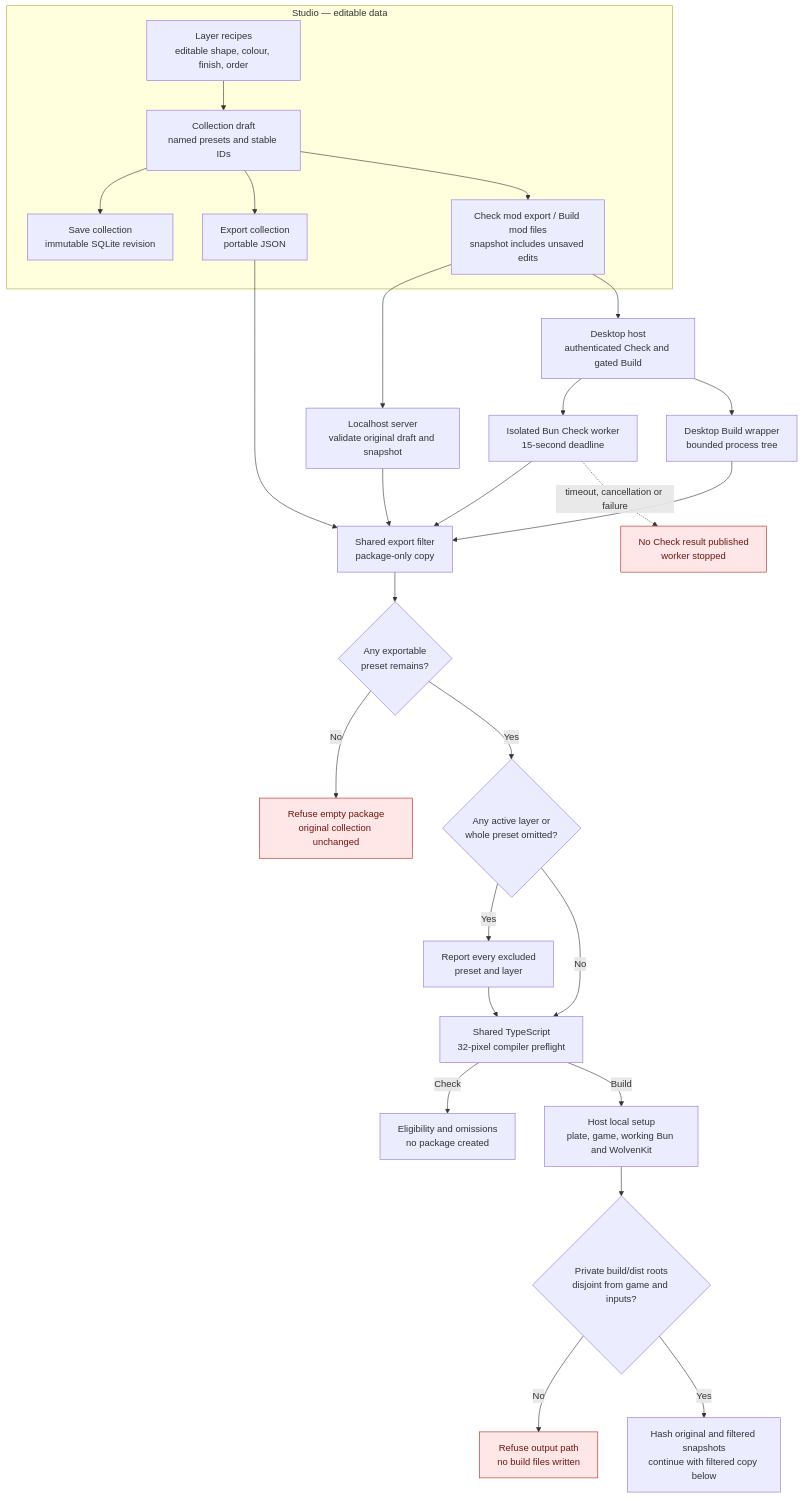
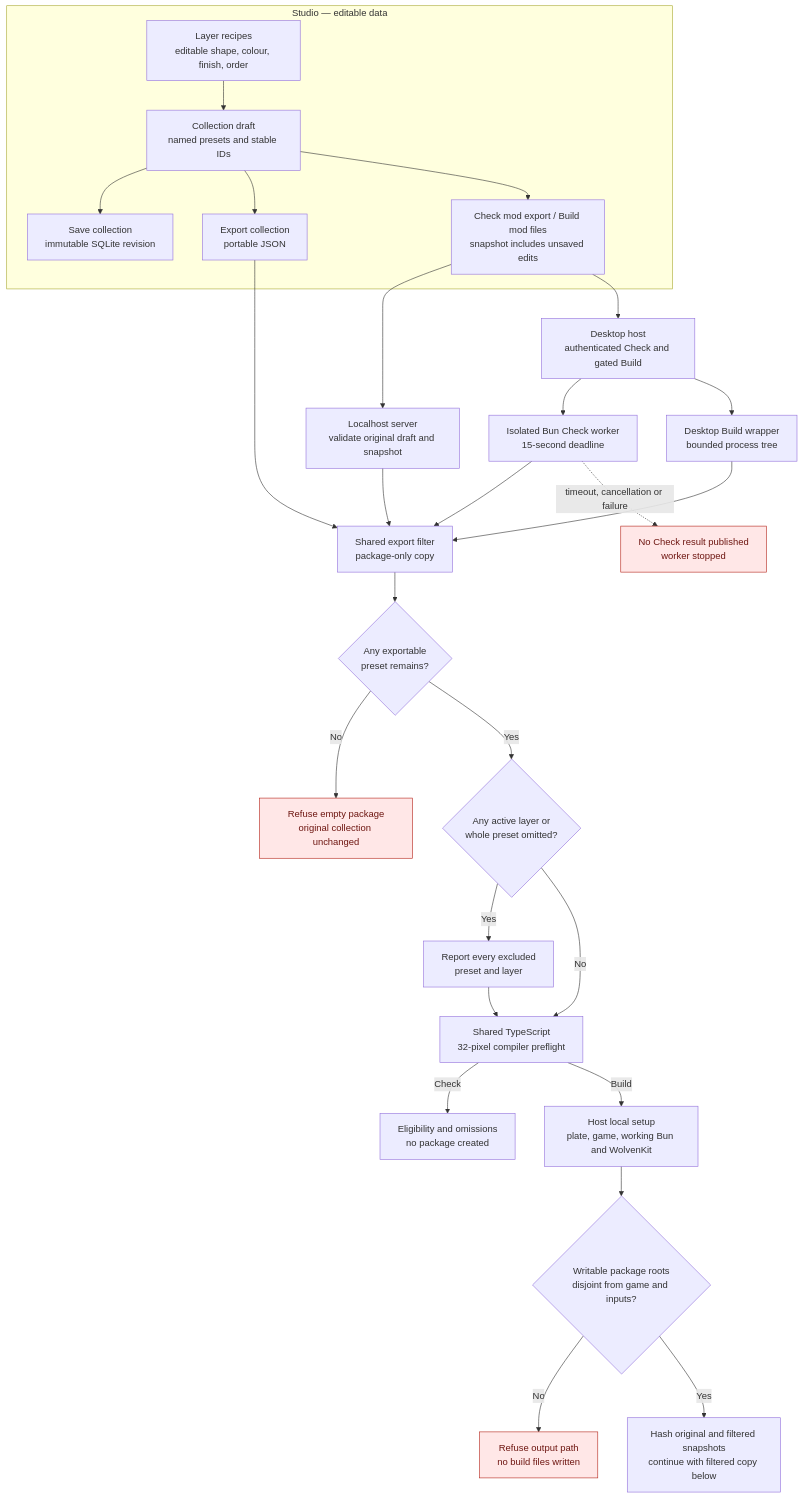
Before and after one commit to axefrog/xf-studio: the first of 3 diagrams in research/authoring/studio-to-mod-pipeline.md, drawn with Mermaid. The commit also changed other lines of this file and 9 other files, not shown here.

````diff
--- a/research/authoring/studio-to-mod-pipeline.md
+++ b/research/authoring/studio-to-mod-pipeline.md
@@ -11,33 +11,33 @@
 ```mermaid
 flowchart TB
   subgraph editor["Studio — editable data"]
     recipe["Layer recipes<br/>editable shape, colour, finish, order"] --> draft["Collection draft<br/>named presets and stable IDs"]
     draft --> sqlite["Save collection<br/>immutable SQLite revision"]
     draft --> export["Export collection<br/>portable JSON"]
     draft --> ui["Check mod export / Build mod files<br/>snapshot includes unsaved edits"]
   end
 
   ui --> server["Localhost server<br/>validate original draft and snapshot"]
   ui --> desktop["Desktop host<br/>authenticated Check and gated Build"]
   server --> filter["Shared export filter<br/>package-only copy"]
   desktop --> worker["Isolated Bun Check worker<br/>15-second deadline"]
   desktop --> buildWrapper["Desktop Build wrapper<br/>bounded process tree"]
   worker --> filter
   buildWrapper --> filter
   worker -. "timeout, cancellation or failure" .-> noresult["No Check result published<br/>worker stopped"]
   export --> filter
   filter --> decision{"Any exportable<br/>preset remains?"}
   decision -- No --> reject["Refuse empty package<br/>original collection unchanged"]
   decision -- Yes --> omitted{"Any active layer or<br/>whole preset omitted?"}
   omitted -- Yes --> warn["Report every excluded<br/>preset and layer"]
   omitted -- No --> preflight["Shared TypeScript<br/>32-pixel compiler preflight"]
   warn --> preflight
   preflight -- Check --> ready["Eligibility and omissions<br/>no package created"]
   preflight -- Build --> setup["Host local setup<br/>plate, game, working Bun and WolvenKit"]
-  setup --> roots{"Private build/dist roots<br/>disjoint from game and inputs?"}
+  setup --> roots{"Writable package roots<br/>disjoint from game and inputs?"}
   roots -- No --> unsafe["Refuse output path<br/>no build files written"]
   roots -- Yes --> snapshot["Hash original and filtered snapshots<br/>continue with filtered copy below"]
 
   classDef blocked fill:#ffe7e7,stroke:#b42318,color:#6e1611;
   class reject,noresult,unsafe blocked;
 ```
````
